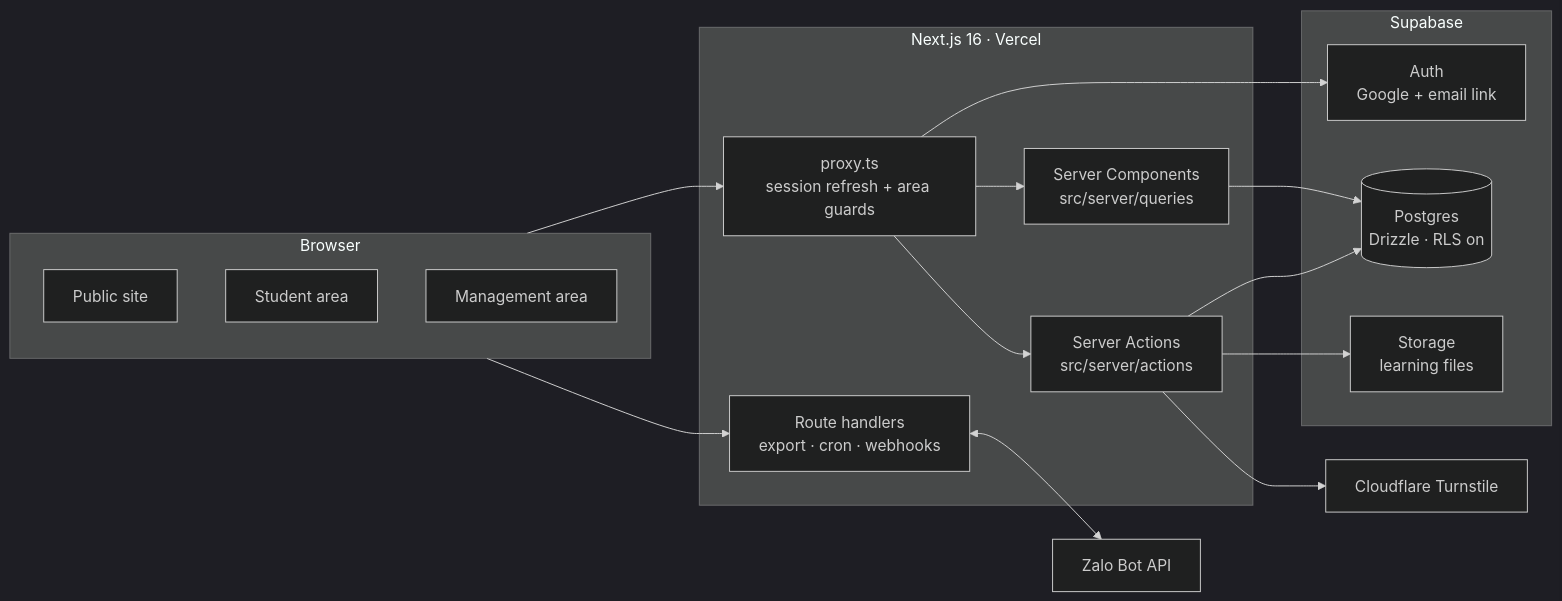
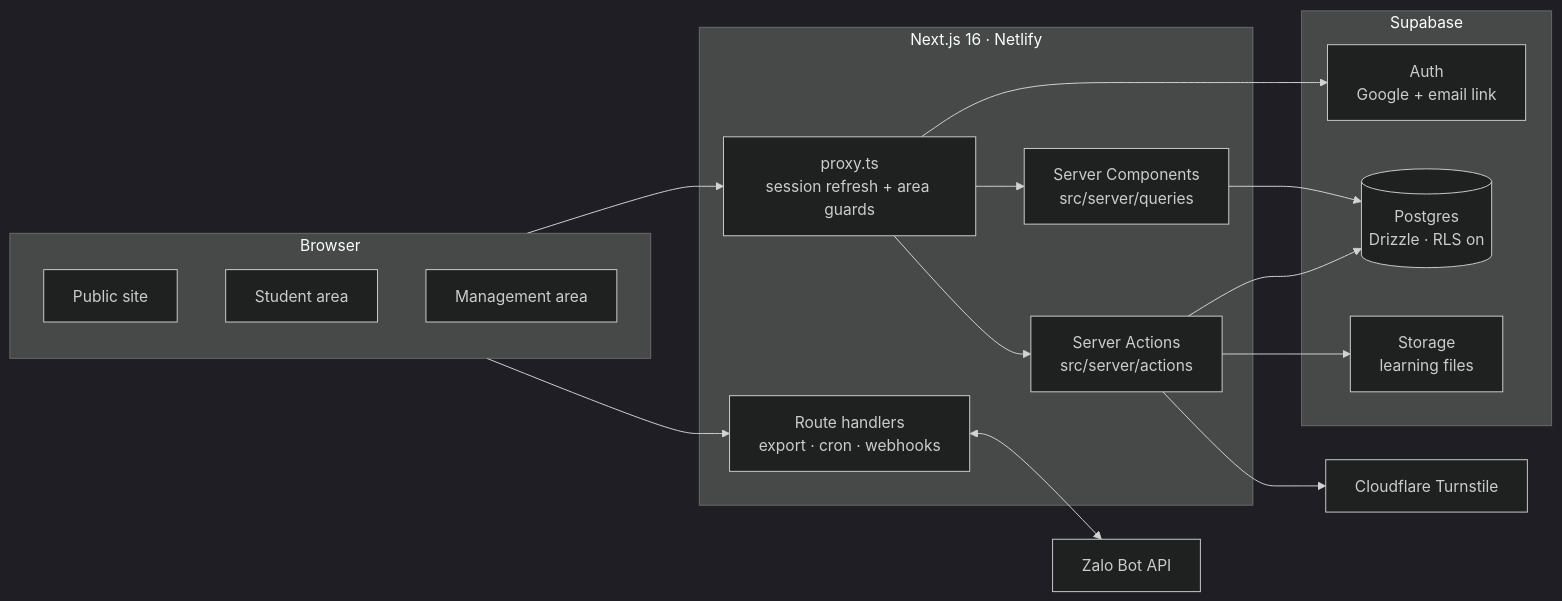
The first of 2 diagrams in README.md (RVPY-2026/REVIT-AI), drawn with Mermaid (dark theme) before and after one commit. The commit also changed other lines of this file, not shown here.

First line of the commit message:
Document Netlify deployment and link the live demo in README

````diff
--- a/README.md
+++ b/README.md
@@ -47,32 +49,32 @@
 ```mermaid
 flowchart LR
   subgraph Browser
     P[Public site]
     S[Student area]
     A[Management area]
   end
 
-  subgraph Next["Next.js 16 · Vercel"]
+  subgraph Next["Next.js 16 · Netlify"]
     PX[proxy.ts<br/>session refresh + area guards]
     RSC[Server Components<br/>src/server/queries]
     ACT[Server Actions<br/>src/server/actions]
     API[Route handlers<br/>export · cron · webhooks]
   end
 
   subgraph Supabase
     AUTH[Auth<br/>Google + email link]
     DB[(Postgres<br/>Drizzle · RLS on)]
     ST[Storage<br/>learning files]
   end
 
   ZALO[Zalo Bot API]
   TS[Cloudflare Turnstile]
 
   Browser --> PX --> RSC & ACT
   Browser --> API
   RSC & ACT --> DB
   ACT --> ST
   PX --> AUTH
   ACT --> TS
   API <--> ZALO
 ```
````
